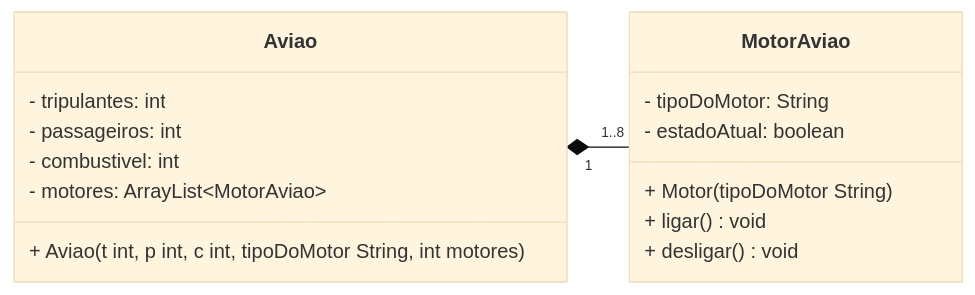
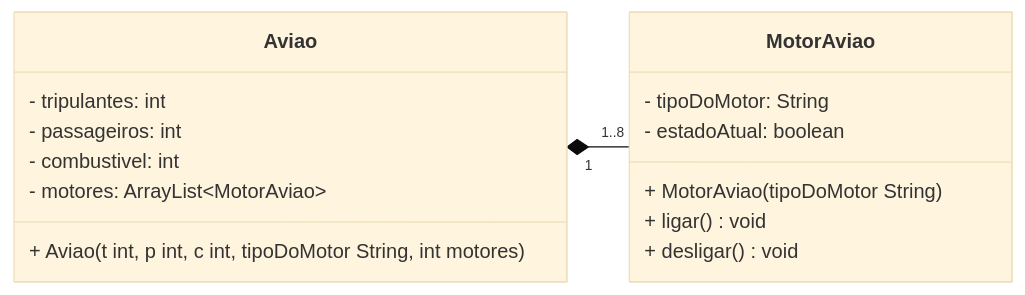
Before and after one commit to thaliab13-web/POO: the diagram in src/main/java/aula16/README.md, drawn with Mermaid (base theme). The commit also changed 3 other files, not shown here.

````diff
--- a/src/main/java/aula16/README.md
+++ b/src/main/java/aula16/README.md
@@ -66,21 +66,21 @@
 ```mermaid
 
 classDiagram
     direction LR
     class Aviao {
         - tripulantes: int
         - passageiros: int
         - combustivel: int
         - motores: ArrayList~MotorAviao~
         + Aviao(t int, p int, c int, tipoDoMotor String, int motores)
     }
     class MotorAviao {
         - tipoDoMotor: String
         - estadoAtual: boolean 
-        + Motor(tipoDoMotor String)
+        + MotorAviao(tipoDoMotor String)
         + ligar() void
         + desligar() void
     }
     
     Aviao "1" *-- "1..8" MotorAviao
 ```
````
